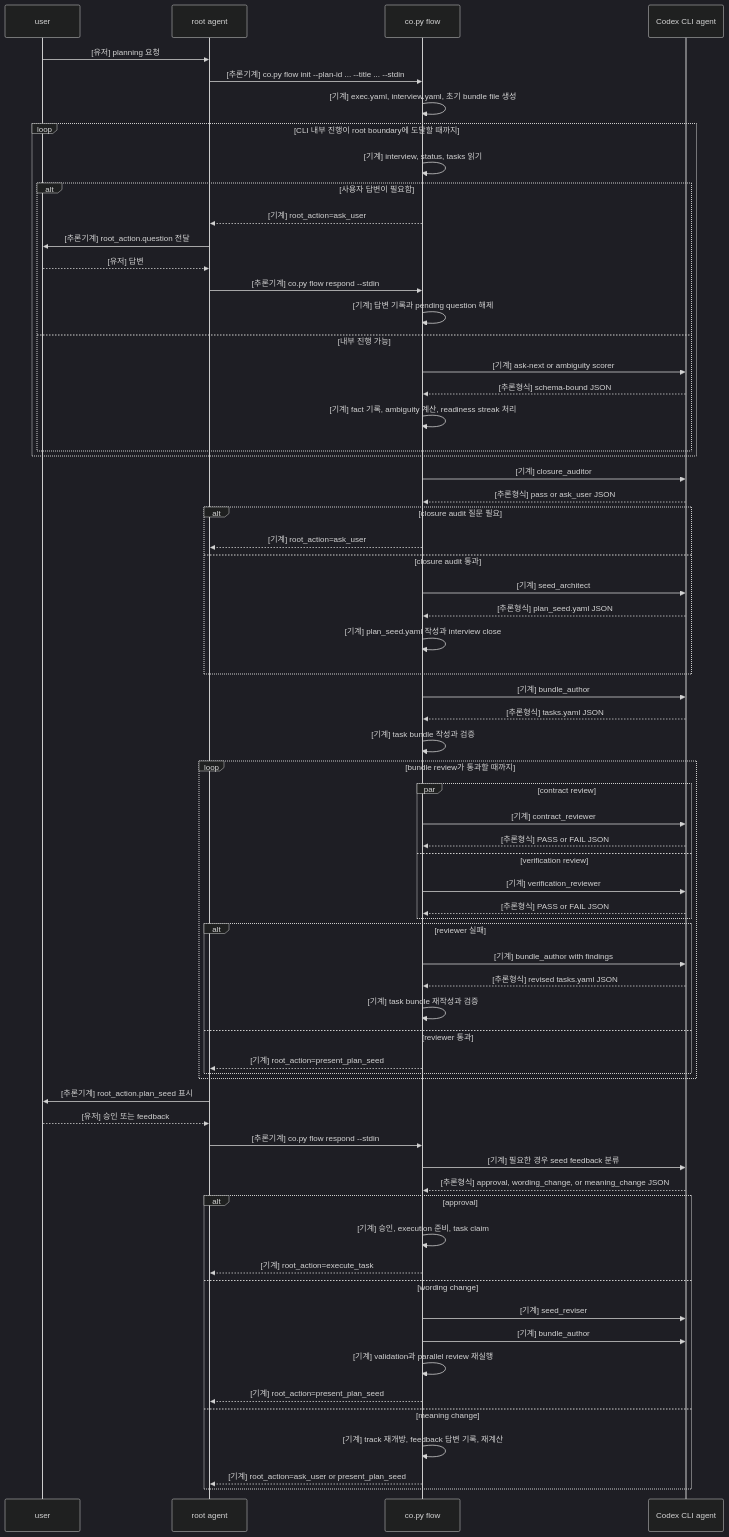
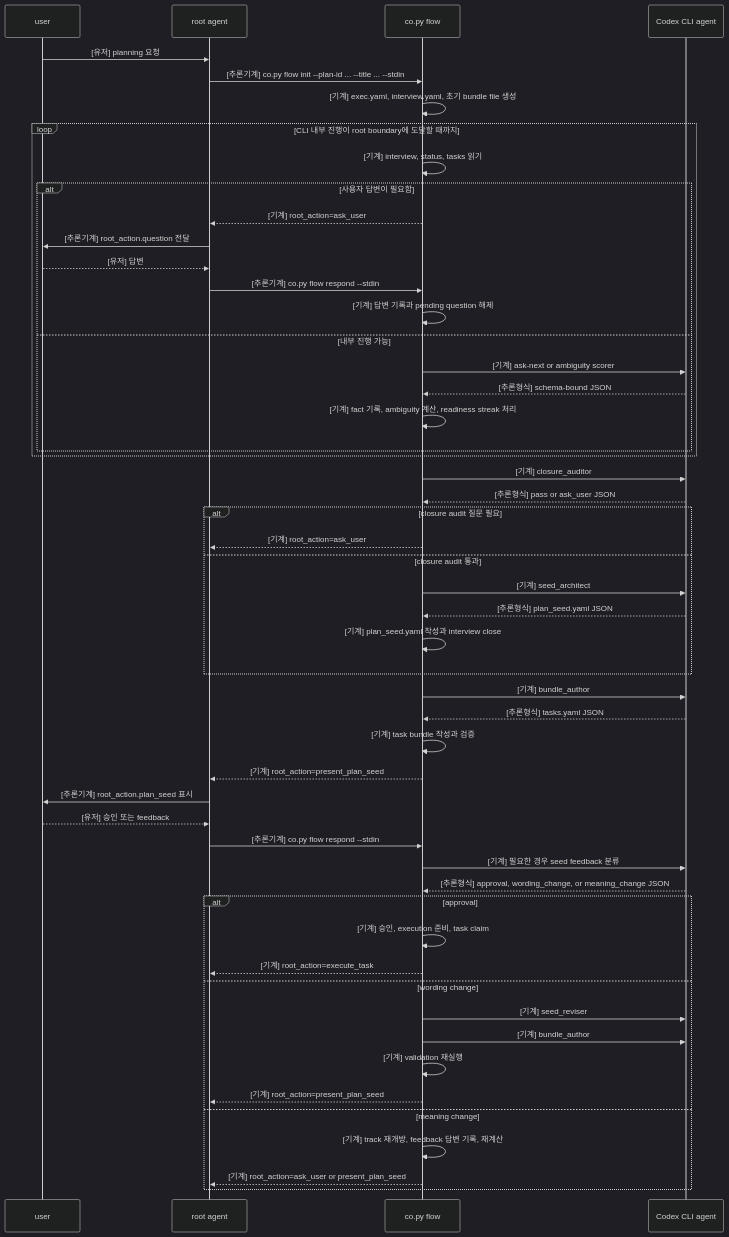
The first of 2 diagrams in COPLAN.md (mym0404/coflow), drawn with Mermaid (dark theme) before and after one commit. The commit also changed other lines of this file and 20 other files, not shown here.

````diff
--- a/COPLAN.md
+++ b/COPLAN.md
@@ -8,75 +8,59 @@
 ```mermaid
 sequenceDiagram
   participant User as user
   participant Root as root agent
   participant Co as co.py flow
   participant Agent as Codex CLI agent
 
   User->>Root: [유저] planning 요청
   Root->>Co: [추론기계] co.py flow init --plan-id ... --title ... --stdin
   Co->>Co: [기계] exec.yaml, interview.yaml, 초기 bundle file 생성
 
   loop CLI 내부 진행이 root boundary에 도달할 때까지
     Co->>Co: [기계] interview, status, tasks 읽기
     alt 사용자 답변이 필요함
       Co-->>Root: [기계] root_action=ask_user
       Root->>User: [추론기계] root_action.question 전달
       User-->>Root: [유저] 답변
       Root->>Co: [추론기계] co.py flow respond --stdin
       Co->>Co: [기계] 답변 기록과 pending question 해제
     else 내부 진행 가능
       Co->>Agent: [기계] ask-next or ambiguity scorer
       Agent-->>Co: [추론형식] schema-bound JSON
       Co->>Co: [기계] fact 기록, ambiguity 계산, readiness streak 처리
     end
   end
 
   Co->>Agent: [기계] closure_auditor
   Agent-->>Co: [추론형식] pass or ask_user JSON
   alt closure audit 질문 필요
     Co-->>Root: [기계] root_action=ask_user
   else closure audit 통과
     Co->>Agent: [기계] seed_architect
     Agent-->>Co: [추론형식] plan_seed.yaml JSON
     Co->>Co: [기계] plan_seed.yaml 작성과 interview close
   end
 
   Co->>Agent: [기계] bundle_author
   Agent-->>Co: [추론형식] tasks.yaml JSON
   Co->>Co: [기계] task bundle 작성과 검증
-
-  loop bundle review가 통과할 때까지
-    par contract review
-      Co->>Agent: [기계] contract_reviewer
-      Agent-->>Co: [추론형식] PASS or FAIL JSON
-    and verification review
-      Co->>Agent: [기계] verification_reviewer
-      Agent-->>Co: [추론형식] PASS or FAIL JSON
-    end
-    alt reviewer 실패
-      Co->>Agent: [기계] bundle_author with findings
-      Agent-->>Co: [추론형식] revised tasks.yaml JSON
-      Co->>Co: [기계] task bundle 재작성과 검증
-    else reviewer 통과
-      Co-->>Root: [기계] root_action=present_plan_seed
-    end
-  end
+  Co-->>Root: [기계] root_action=present_plan_seed
 
   Root->>User: [추론기계] root_action.plan_seed 표시
   User-->>Root: [유저] 승인 또는 feedback
   Root->>Co: [추론기계] co.py flow respond --stdin
   Co->>Agent: [기계] 필요한 경우 seed feedback 분류
   Agent-->>Co: [추론형식] approval, wording_change, or meaning_change JSON
   alt approval
     Co->>Co: [기계] 승인, execution 준비, task claim
     Co-->>Root: [기계] root_action=execute_task
   else wording change
     Co->>Agent: [기계] seed_reviser
     Co->>Agent: [기계] bundle_author
-    Co->>Co: [기계] validation과 parallel review 재실행
+    Co->>Co: [기계] validation 재실행
     Co-->>Root: [기계] root_action=present_plan_seed
   else meaning change
     Co->>Co: [기계] track 재개방, feedback 답변 기록, 재계산
     Co-->>Root: [기계] root_action=ask_user or present_plan_seed
   end
 ```
````
